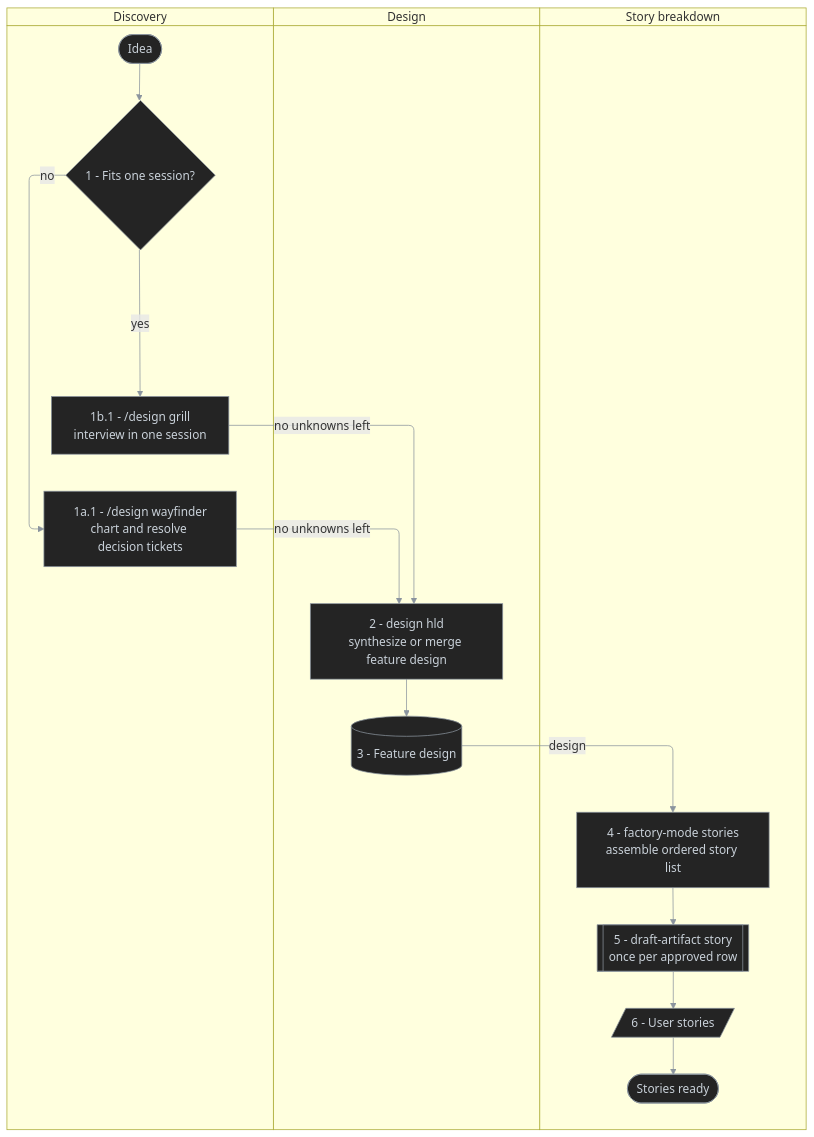
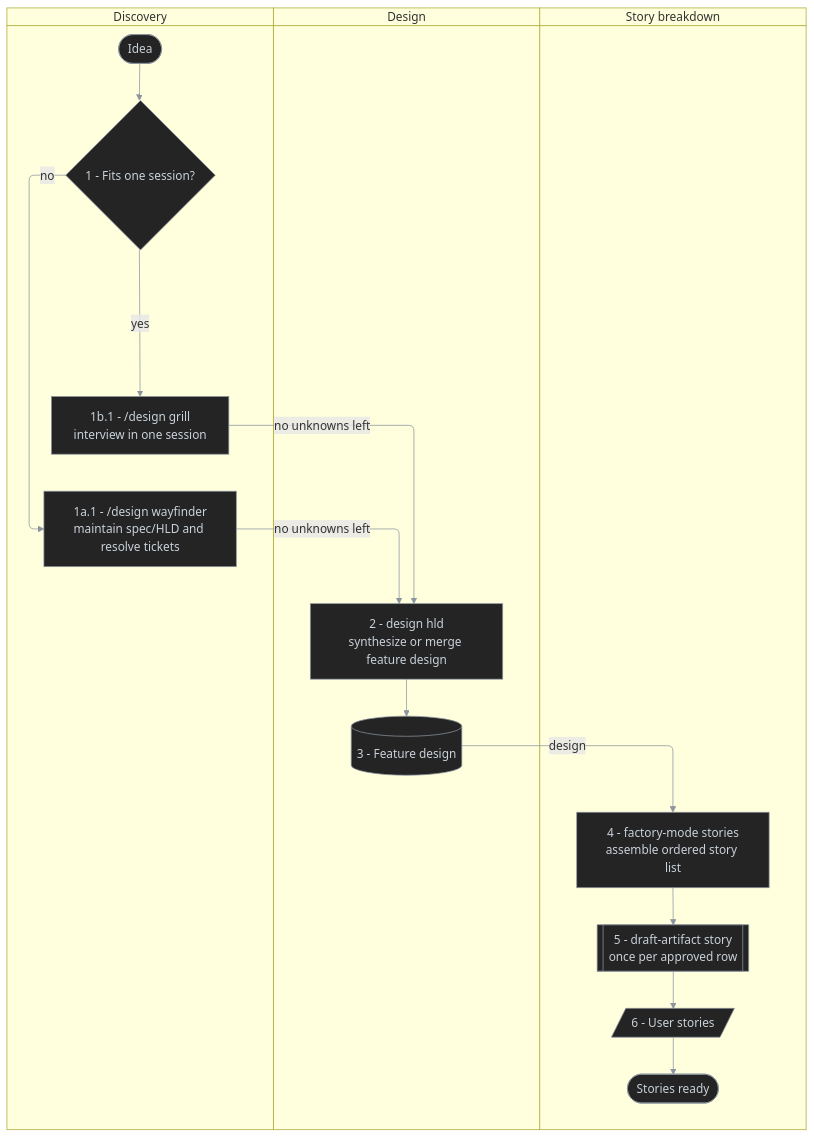
One commit to antshc/brain changed the second of 4 diagrams in plugins/wf/README.md. Above: the diagram before and after it, drawn with Mermaid. The commit also changed other lines of this file and 14 other files, not shown here.

First line of the commit message:
feat(design): maintain Wayfinder documents and automate evidence work

````diff
--- a/plugins/wf/README.md
+++ b/plugins/wf/README.md
@@ -77,33 +77,33 @@
 ```mermaid
 %%{init: {'themeVariables': {'lineColor': '#8b949e'}}}%%
 %% diagram-id: wf-design-to-stories-swimlane
 swimlane-beta TB
   accTitle: Design and story breakdown responsibility
   accDescr: Shows unknowns resolved by /design wayfinder or /design grill, a feature design synthesized by design hld, and the design broken down into User stories by the factory-mode Stories playbook.
 
   subgraph discovery [Discovery]
     idea([Idea])
     effortSize{1 - Fits one session?}
-    wayfinder[1a.1 - /design wayfinder<br/>chart and resolve decision tickets]
+    wayfinder[1a.1 - /design wayfinder<br/>maintain spec/HLD and resolve tickets]
     grillDesign[1b.1 - /design grill<br/>interview in one session]
   end
 
   subgraph design [Design]
     toZdesign[2 - design hld<br/>synthesize or merge feature design]
     designDoc[(3 - Feature design)]
   end
 
   subgraph breakdown [Story breakdown]
     toStories[4 - factory-mode stories<br/>assemble ordered story list]
     draftStory[[5 - draft-artifact story<br/>once per approved row]]
     stories[/6 - User stories/]
     done([Stories ready])
   end
 
   idea --> effortSize
   effortSize -->|no| wayfinder -->|no unknowns left| toZdesign
   effortSize -->|yes| grillDesign -->|no unknowns left| toZdesign
   toZdesign --> designDoc -->|design| toStories --> draftStory --> stories --> done
 
   classDef default fill:#242424,stroke:#8b949e,color:#c9d1d9,stroke-width:1px
 ```
````
